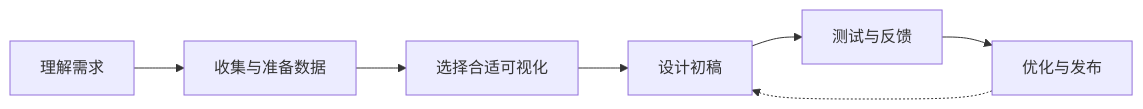
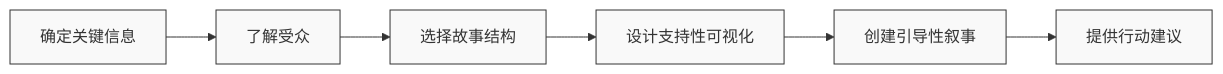
The second of 3 diagrams in src/site/notes/知识共享/002_商业分析/01_学习内容/02_数据收集与处理/2.3 数据可视化技术.md (amcoimg/my-digital-garden), drawn with Mermaid before and after one commit. The commit also changed other lines of this file and 7 other files, not shown here.

````diff
--- a/src/site/notes/知识共享/002_商业分析/01_学习内容/02_数据收集与处理/2.3 数据可视化技术.md
+++ b/src/site/notes/知识共享/002_商业分析/01_学习内容/02_数据收集与处理/2.3 数据可视化技术.md
@@ -397,9 +290,15 @@
 ```mermaid
 graph LR
-    A[理解需求] --> B[收集与准备数据]
-    B --> C[选择合适可视化]
-    C --> D[设计初稿]
-    D --> E[测试与反馈]
-    E --> F[优化与发布]
-    F -.-> D
+    A[确定关键信息] --> B[了解受众]
+    B --> C[选择故事结构]
+    C --> D[设计支持性可视化]
+    D --> E[创建引导性叙事]
+    E --> F[提供行动建议]
+    
+    style A fill:#f9f9f9,stroke:#333,stroke-width:1px
+    style B fill:#f9f9f9,stroke:#333,stroke-width:1px
+    style C fill:#f9f9f9,stroke:#333,stroke-width:1px
+    style D fill:#f9f9f9,stroke:#333,stroke-width:1px
+    style E fill:#f9f9f9,stroke:#333,stroke-width:1px
+    style F fill:#f9f9f9,stroke:#333,stroke-width:1px
 ```
````
